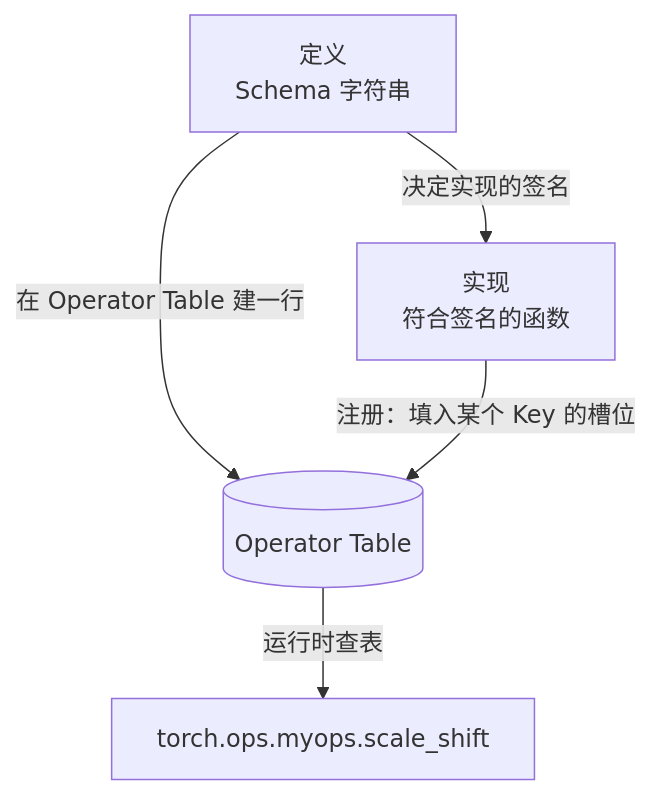
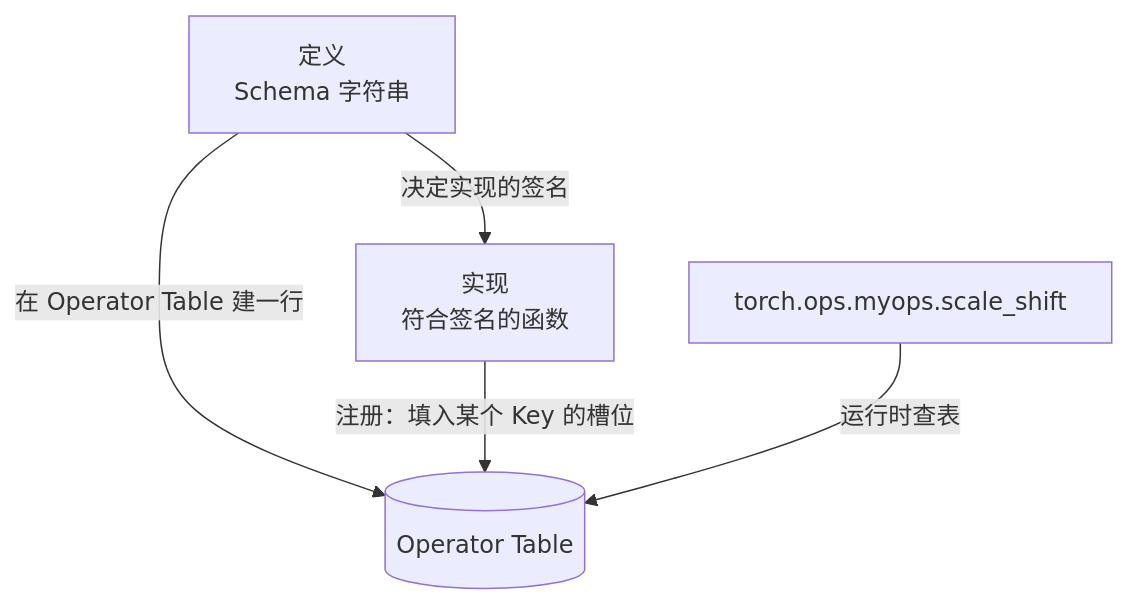
One commit to arganzheng/arganzheng.github.com changed the second of 6 diagrams in _posts/2026-02-22-pytorch-cpp-extension-and-custom-operators.md. Above: the diagram before and after it, drawn with Mermaid. The commit also changed other lines of this file and 2 other files, not shown here.

First line of the commit message:
06：转换 C++ 扩展示意图并核对 Autograd 分发

````diff
--- a/_posts/2026-02-22-pytorch-cpp-extension-and-custom-operators.md
+++ b/_posts/2026-02-22-pytorch-cpp-extension-and-custom-operators.md
@@ -196,8 +196,8 @@
 ```mermaid
 %% 图：定义、注册、实现三步的关系：定义决定签名并在 Operator Table 建行，注册把实现填入槽位
 flowchart TB
     D[定义<br/>Schema 字符串] -->|决定实现的签名| I[实现<br/>符合签名的函数]
     D -->|在 Operator Table 建一行| OT[(Operator Table)]
     I -->|注册：填入某个 Key 的槽位| OT
-    OT -->|运行时查表| U[torch.ops.myops.scale_shift]
+    U[torch.ops.myops.scale_shift] -->|运行时查表| OT
 ```
````
